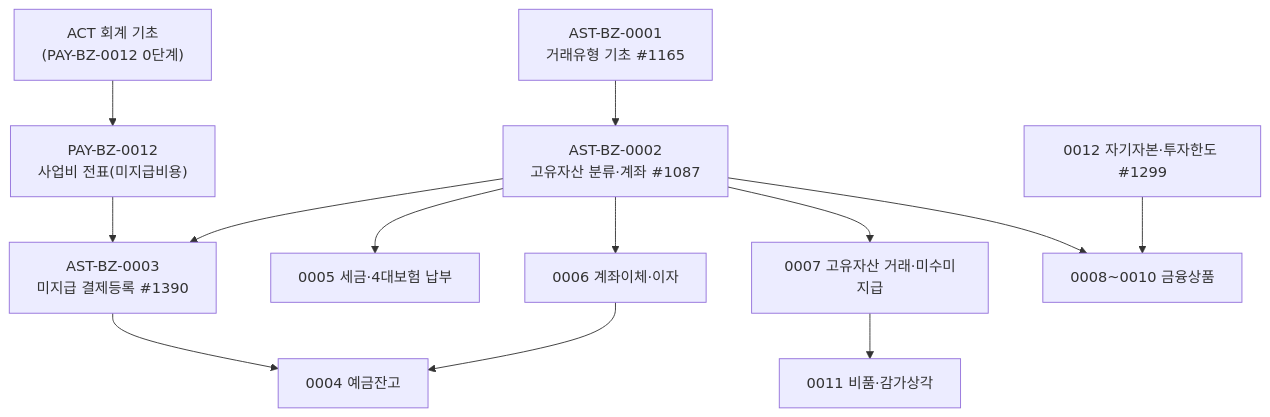
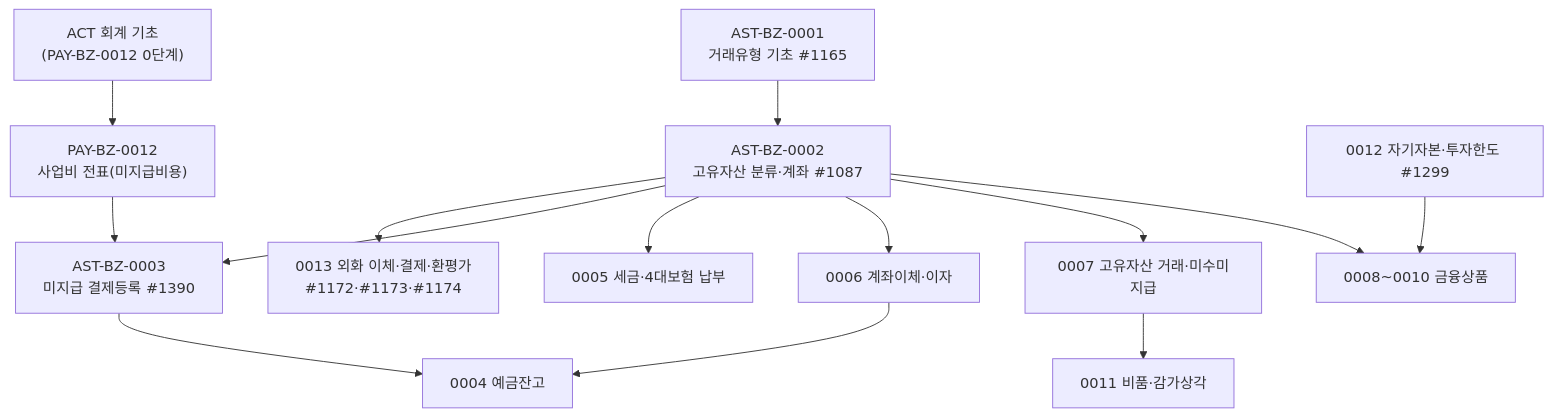
One commit to KimDoYoung/framework-sprt changed the diagram in AssetERP/docs/2-업무분석/biz-event/AST/AST-업무흐름.md. Above: the diagram before and after it, drawn with Mermaid. The commit also changed other lines of this file and 6 other files, not shown here.

````diff
--- a/AssetERP/docs/2-업무분석/biz-event/AST/AST-업무흐름.md
+++ b/AssetERP/docs/2-업무분석/biz-event/AST/AST-업무흐름.md
@@ -5,22 +5,24 @@
 ```mermaid
 flowchart TD
     ACT["ACT 회계 기초<br/>(PAY-BZ-0012 0단계)"]
     A1["AST-BZ-0001<br/>거래유형 기초 #1165"]
     A2["AST-BZ-0002<br/>고유자산 분류·계좌 #1087"]
     P12["PAY-BZ-0012<br/>사업비 전표(미지급비용)"]
     A3["AST-BZ-0003<br/>미지급 결제등록 #1390"]
     A4["0004 예금잔고"]
     A5["0005 세금·4대보험 납부"]
     A6["0006 계좌이체·이자"]
     A7["0007 고유자산 거래·미수미지급"]
     A8["0008~0010 금융상품"]
     A11["0011 비품·감가상각"]
     A12["0012 자기자본·투자한도 #1299"]
     A12 --> A8
+    A13["0013 외화 이체·결제·환평가<br/>#1172·#1173·#1174"]
+    A2 --> A13
     A1 --> A2 --> A3 --> A4
     ACT --> P12 --> A3
     A2 --> A5
     A2 --> A6 --> A4
     A2 --> A7 --> A11
     A2 --> A8
 ```
````
